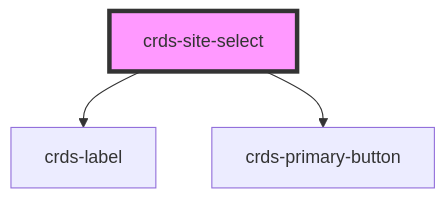
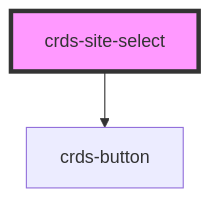
The diagram in src/components/crds-site-select/readme.md (dholloran-ample/visual-regression-testing-IP), drawn with Mermaid before and after one commit. The commit also changed other lines of this file and 18 other files, not shown here.

````diff
--- a/src/components/crds-site-select/readme.md
+++ b/src/components/crds-site-select/readme.md
@@ -30,6 +29,5 @@
 ```mermaid
 graph TD;
-  crds-site-select --> crds-label
-  crds-site-select --> crds-primary-button
+  crds-site-select --> crds-button
   style crds-site-select fill:#f9f,stroke:#333,stroke-width:4px
 ```
````
